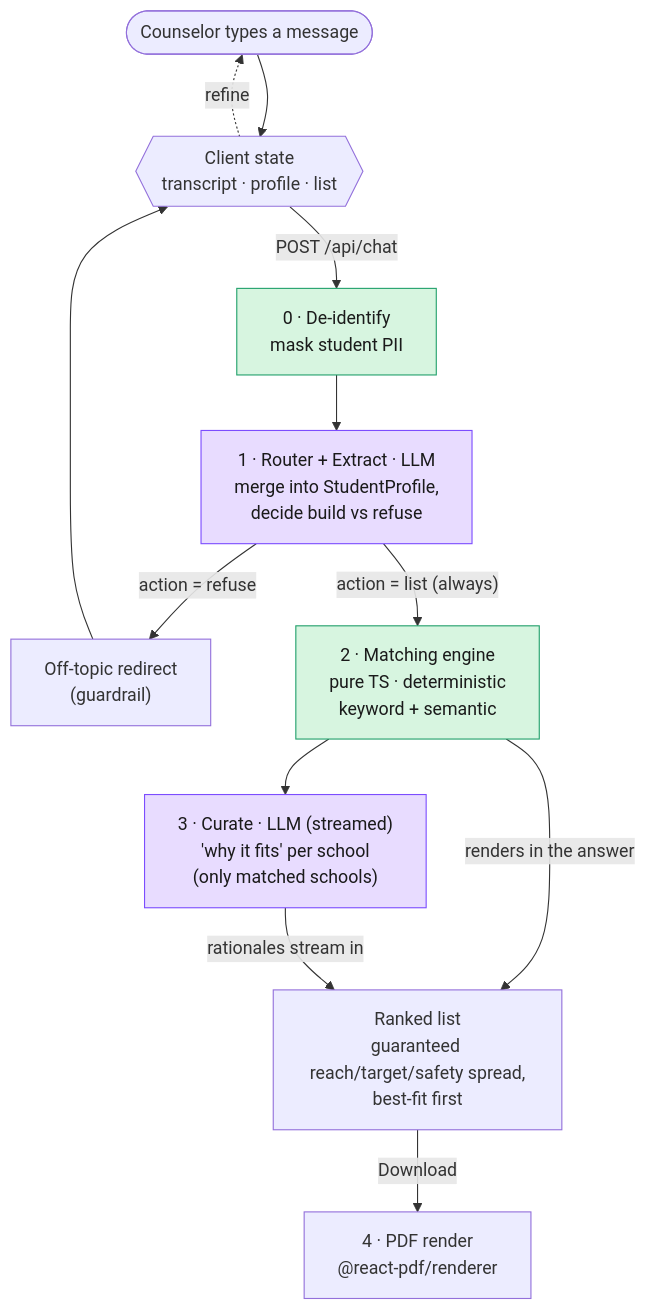
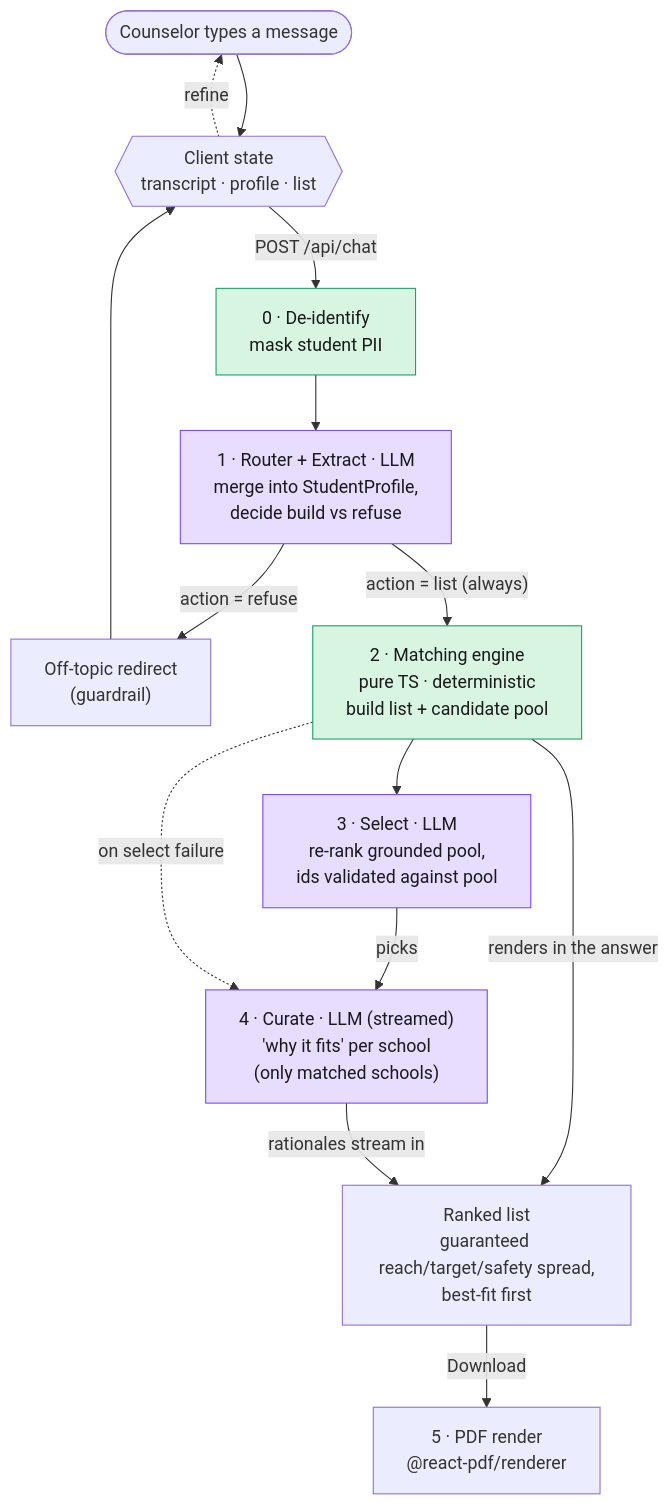
One commit to syldysnya/college-list-builder changed the first of 3 diagrams in docs/architecture.md. Above: the diagram before and after it, drawn with Mermaid. The commit also changed other lines of this file and 1 other file, not shown here.

Commit message:
docs: document grounded LLM candidate selection

````diff
--- a/docs/architecture.md
+++ b/docs/architecture.md
@@ -13,20 +13,22 @@
 ```mermaid
 flowchart TD
     U([Counselor types a message]) --> C{{"Client state<br/>transcript · profile · list"}}
     C -->|"POST /api/chat"| D["0 · De-identify<br/>mask student PII"]
     D --> R["1 · Router + Extract · LLM<br/>merge into StudentProfile,<br/>decide build vs refuse"]
     R -->|"action = refuse"| Q["Off-topic redirect<br/>(guardrail)"]
     Q --> C
-    R -->|"action = list (always)"| M["2 · Matching engine<br/>pure TS · deterministic<br/>keyword + semantic"]
+    R -->|"action = list (always)"| M["2 · Matching engine<br/>pure TS · deterministic<br/>build list + candidate pool"]
     M -->|"renders in the answer"| P["Ranked list<br/>guaranteed reach/target/safety spread,<br/>best-fit first"]
-    M --> CU["3 · Curate · LLM (streamed)<br/>'why it fits' per school<br/>(only matched schools)"]
+    M --> S["3 · Select · LLM<br/>re-rank grounded pool,<br/>ids validated against pool"]
+    S -->|"picks"| CU["4 · Curate · LLM (streamed)<br/>'why it fits' per school<br/>(only matched schools)"]
+    M -.->|"on select failure"| CU
     CU -->|"rationales stream in"| P
-    P -->|"Download"| PDF["4 · PDF render<br/>@react-pdf/renderer"]
+    P -->|"Download"| PDF["5 · PDF render<br/>@react-pdf/renderer"]
 
     C -.refine.-> U
 
     classDef llm fill:#e8dcff,stroke:#7c4dff,color:#1a1a1a;
     classDef pure fill:#d7f5e0,stroke:#22a06b,color:#1a1a1a;
-    class R,CU llm;
+    class R,S,CU llm;
     class M,D pure;
 ```
````
